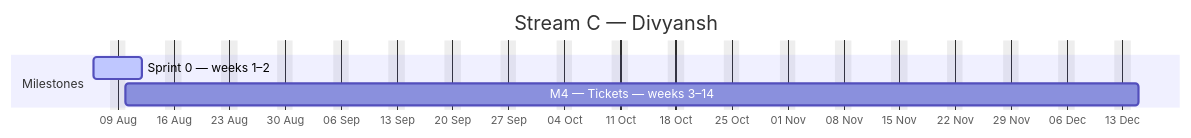
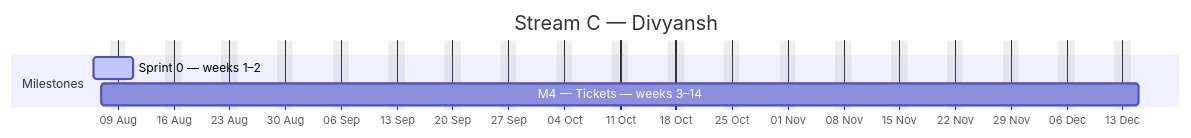
The third of 4 diagrams in docs/plan/GANTT.md (debashisedunext/EduTrack), drawn with Mermaid before and after one commit. The commit also changed other lines of this file and 3 other files, not shown here.

````diff
--- a/docs/plan/GANTT.md
+++ b/docs/plan/GANTT.md
@@ -156,10 +153,10 @@
 ```mermaid
 gantt
     dateFormat YYYY-MM-DD
     axisFormat %d %b
     title Stream C — Divyansh
     excludes weekends
     section Milestones
-    Sprint 0 — weeks 1–2 :active, c0, 2026-08-06, 4d
-    M4 — Tickets — weeks 3–14 :c1, 2026-08-10, 91d
+    Sprint 0 — weeks 1–2 :active, c0, 2026-08-06, 3d
+    M4 — Tickets — weeks 3–14 :c1, 2026-08-07, 92d
 ```
````
